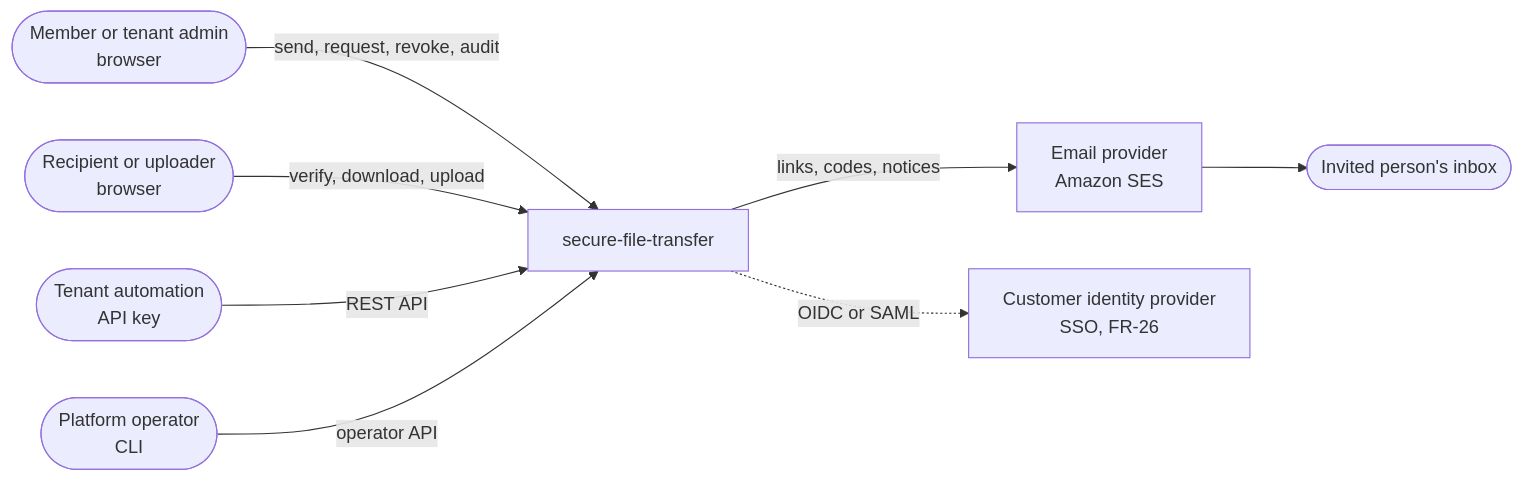
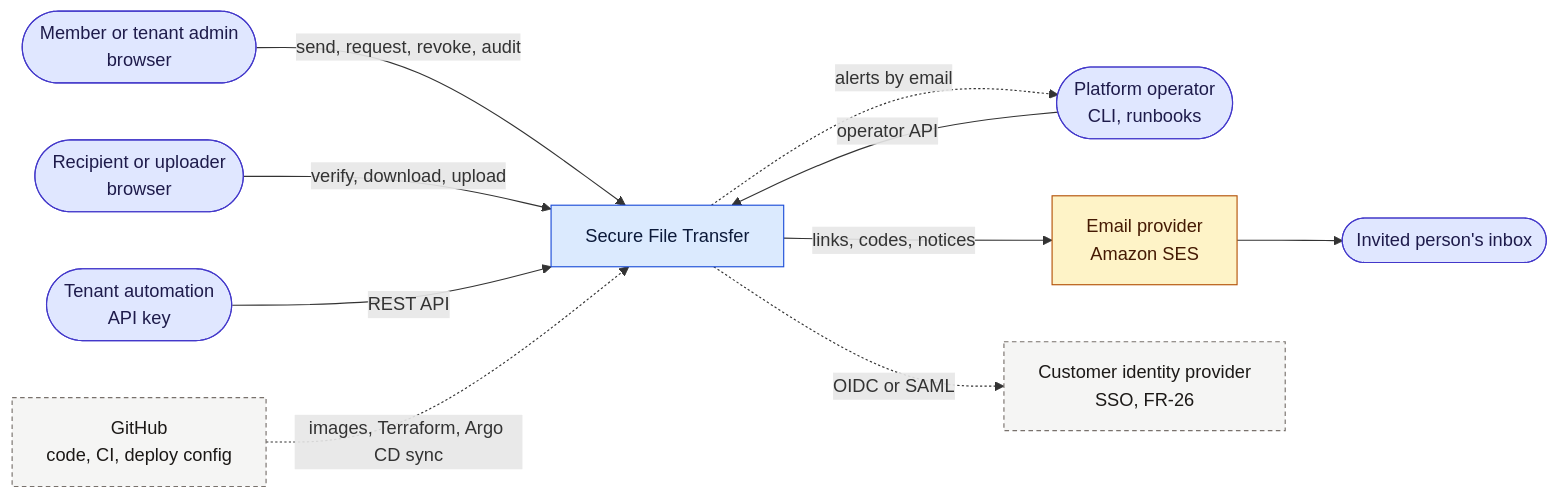
One commit to codewithmuh/secure-file-transfer changed the first of 14 diagrams in docs/architecture.md. Above: the diagram before and after it, drawn with Mermaid. The commit also changed other lines of this file and 473 other files, not shown here.

Commit message:
feat!: Secure File Transfer v1.0: M8 and M9 complete, front page, faster CI and dependency updates (#287)

````diff
--- a/docs/architecture.md
+++ b/docs/architecture.md
@@ -18,18 +24,29 @@
 ```mermaid
 flowchart LR
     member(["Member or tenant admin<br/>browser"])
     ext(["Recipient or uploader<br/>browser"])
     auto(["Tenant automation<br/>API key"])
-    op(["Platform operator<br/>CLI"])
-    sft["secure-file-transfer"]
+    op(["Platform operator<br/>CLI, runbooks"])
+    sft["Secure File Transfer"]
     email["Email provider<br/>Amazon SES"]
     inbox(["Invited person's inbox"])
     idp["Customer identity provider<br/>SSO, FR-26"]
+    git["GitHub<br/>code, CI, deploy config"]
     member -->|"send, request, revoke, audit"| sft
     ext -->|"verify, download, upload"| sft
     auto -->|"REST API"| sft
     op -->|"operator API"| sft
     sft -->|"links, codes, notices"| email
     email --> inbox
     sft -.->|"OIDC or SAML"| idp
+    sft -.->|"alerts by email"| op
+    git -.->|"images, Terraform, Argo CD sync"| sft
+    classDef person fill:#e0e7ff,stroke:#4338ca,color:#1e1b4b
+    classDef app fill:#dbeafe,stroke:#1d4ed8,color:#0c1a3a
+    classDef aws fill:#fef3c7,stroke:#b45309,color:#451a03
+    classDef ext fill:#f5f5f4,stroke:#78716c,color:#1c1917,stroke-dasharray:4 3
+    class member,ext,auto,op,inbox person
+    class sft app
+    class email aws
+    class idp,git ext
 ```
````
